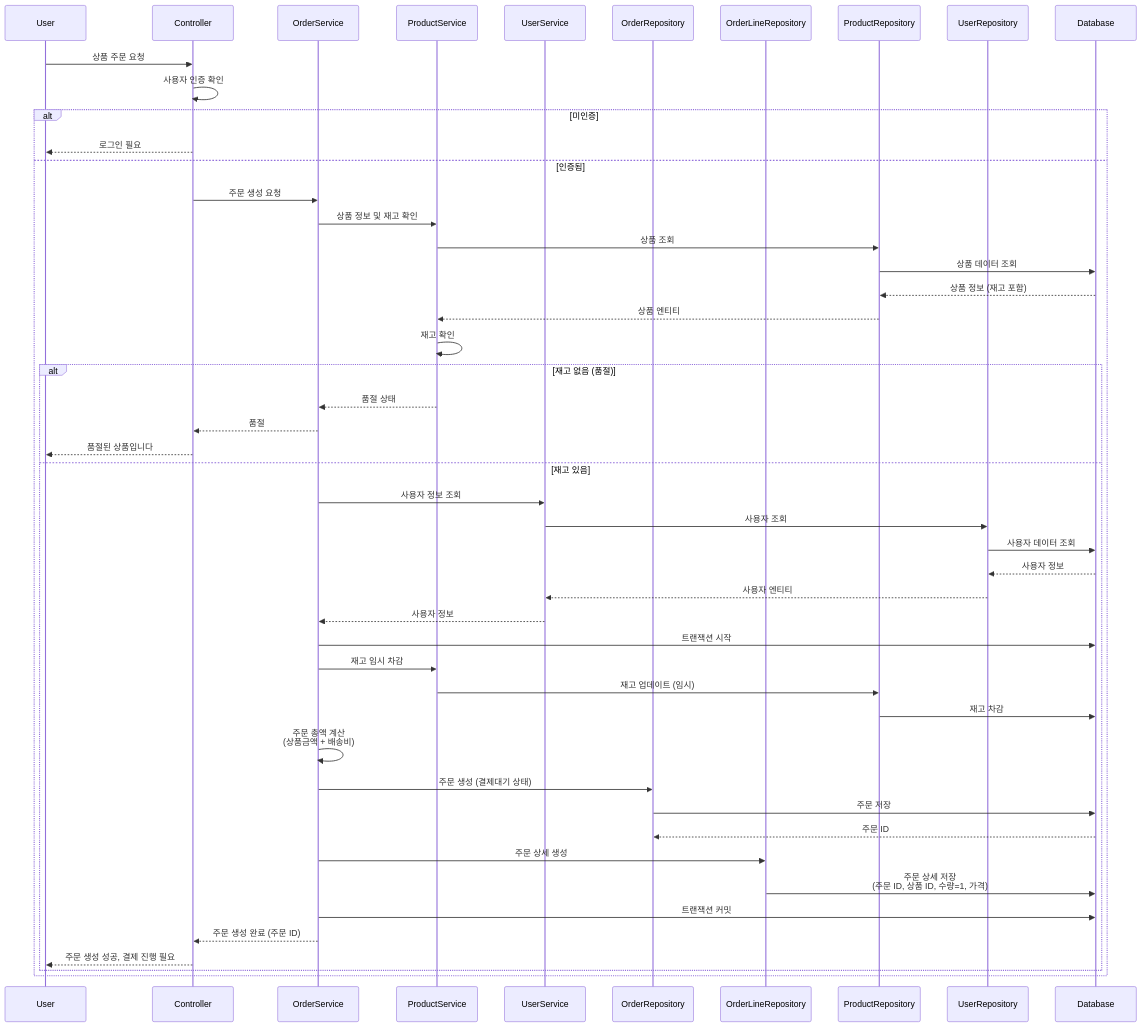
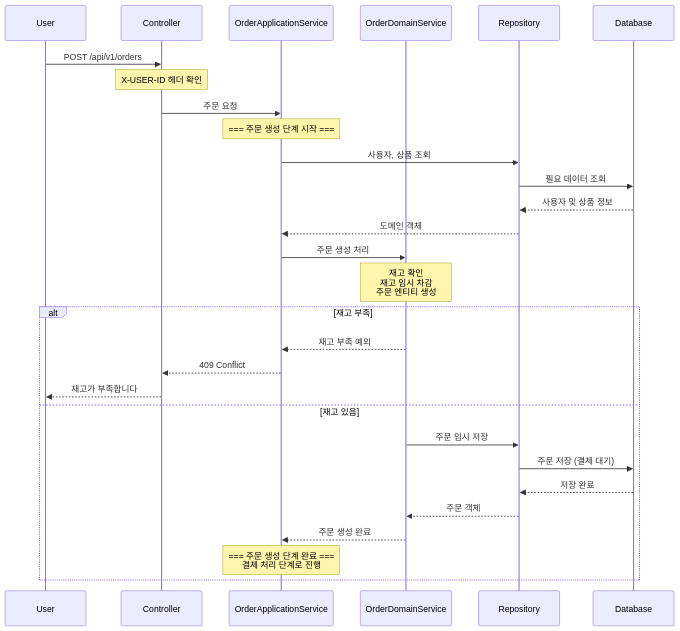
The seventh of 10 diagrams in docs/design/02-sequence-diagrams.md (h2jinee/loopers), drawn with Mermaid before and after one commit. The commit also changed other lines of this file and 3 other files, not shown here.

````diff
--- a/docs/design/02-sequence-diagrams.md
+++ b/docs/design/02-sequence-diagrams.md
@@ -275,63 +170,37 @@
 ```mermaid
 sequenceDiagram
     participant U as User
     participant C as Controller
-    participant OS as OrderService
-    participant PS as ProductService
-    participant US as UserService
-    participant OR as OrderRepository
-    participant OLR as OrderLineRepository
-    participant PR as ProductRepository
-    participant UR as UserRepository
+    participant AS as OrderApplicationService
+    participant DS as OrderDomainService
+    participant Repo as Repository
     participant DB as Database
 
-    U->>C: 상품 주문 요청
-    C->>C: 사용자 인증 확인
+    U->>C: POST /api/v1/orders
+    Note over C: X-USER-ID 헤더 확인
+    C->>AS: 주문 요청
     
-    alt 미인증
-        C-->>U: 로그인 필요
-    else 인증됨
-        C->>OS: 주문 생성 요청
+    Note over AS: === 주문 생성 단계 시작 ===
+    
+    AS->>Repo: 사용자, 상품 조회
+    Repo->>DB: 필요 데이터 조회
+    DB-->>Repo: 사용자 및 상품 정보
+    Repo-->>AS: 도메인 객체
+    
+    AS->>DS: 주문 생성 처리
+    Note over DS: 재고 확인<br/>재고 임시 차감<br/>주문 엔티티 생성
+    
+    alt 재고 부족
+        DS-->>AS: 재고 부족 예외
+        AS-->>C: 409 Conflict
+        C-->>U: 재고가 부족합니다
+    else 재고 있음
+        DS->>Repo: 주문 임시 저장
+        Repo->>DB: 주문 저장 (결제 대기)
+        DB-->>Repo: 저장 완료
+        Repo-->>DS: 주문 객체
+        DS-->>AS: 주문 생성 완료
         
-        OS->>PS: 상품 정보 및 재고 확인
-        PS->>PR: 상품 조회
-        PR->>DB: 상품 데이터 조회
-        DB-->>PR: 상품 정보 (재고 포함)
-        PR-->>PS: 상품 엔티티
-        
-        PS->>PS: 재고 확인
-        
-        alt 재고 없음 (품절)
-            PS-->>OS: 품절 상태
-            OS-->>C: 품절
-            C-->>U: 품절된 상품입니다
-        else 재고 있음
-            OS->>US: 사용자 정보 조회
-            US->>UR: 사용자 조회
-            UR->>DB: 사용자 데이터 조회
-            DB-->>UR: 사용자 정보
-            UR-->>US: 사용자 엔티티
-            US-->>OS: 사용자 정보
-            
-            OS->>DB: 트랜잭션 시작
-            
-            OS->>PS: 재고 임시 차감
-            PS->>PR: 재고 업데이트 (임시)
-            PR->>DB: 재고 차감
-            
-            OS->>OS: 주문 총액 계산<br/>(상품금액 + 배송비)
-            
-            OS->>OR: 주문 생성 (결제대기 상태)
-            OR->>DB: 주문 저장
-            DB-->>OR: 주문 ID
-            
-            OS->>OLR: 주문 상세 생성
-            OLR->>DB: 주문 상세 저장<br/>(주문 ID, 상품 ID, 수량=1, 가격)
-            
-            OS->>DB: 트랜잭션 커밋
-            
-            OS-->>C: 주문 생성 완료 (주문 ID)
-            C-->>U: 주문 생성 성공, 결제 진행 필요
-        end
+        Note over AS: === 주문 생성 단계 완료 ===<br/>결제 처리 단계로 진행
     end
 ```
````
